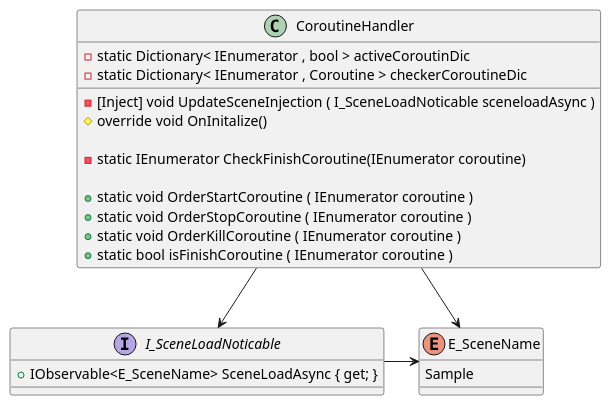
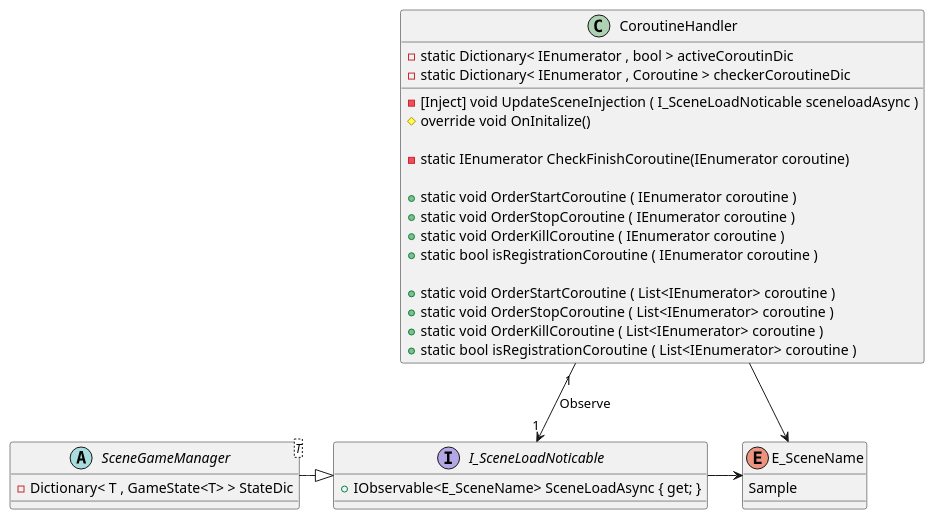
Before and after one commit to tezumozu/GameAsetsDev: the diagram in Unity/Unity1weekAsets/Assets/Script/GameSystems/ver4.0/UML/CoroutineHandler/CoroutineHandler.pu, drawn with PlantUML. The commit also changed 23 other files, not shown here.

Commit message:
Update v4 : CoroutineHandler , GameState , GameLoopManager

```diff
--- a/Unity/Unity1weekAsets/Assets/Script/GameSystems/ver4.0/UML/CoroutineHandler/CoroutineHandler.pu
+++ b/Unity/Unity1weekAsets/Assets/Script/GameSystems/ver4.0/UML/CoroutineHandler/CoroutineHandler.pu
@@ -1,35 +1,45 @@
 @startuml CoroutineHanderClass
 
 class CoroutineHandler {
 
     - static Dictionary< IEnumerator , bool > activeCoroutinDic
     - static Dictionary< IEnumerator , Coroutine > checkerCoroutineDic
 
     - [Inject] void UpdateSceneInjection ( I_SceneLoadNoticable sceneloadAsync )
     # override void OnInitalize()
 
     - static IEnumerator CheckFinishCoroutine(IEnumerator coroutine)
 
     + static void OrderStartCoroutine ( IEnumerator coroutine )
     + static void OrderStopCoroutine ( IEnumerator coroutine )
     + static void OrderKillCoroutine ( IEnumerator coroutine )
-    + static bool isFinishCoroutine ( IEnumerator coroutine )
+    + static bool isRegistrationCoroutine ( IEnumerator coroutine )
+
+    + static void OrderStartCoroutine ( List<IEnumerator> coroutine )
+    + static void OrderStopCoroutine ( List<IEnumerator> coroutine )
+    + static void OrderKillCoroutine ( List<IEnumerator> coroutine )
+    + static bool isRegistrationCoroutine ( List<IEnumerator> coroutine )
 
 }
 
 
 interface I_SceneLoadNoticable{
     + IObservable<E_SceneName> SceneLoadAsync { get; }
 }
 
 
 enum E_SceneName{
     Sample
 }
 
+abstract class SceneGameManager<T>{
+    - Dictionary< T , GameState<T> > StateDic
+}
 
-CoroutineHandler --> I_SceneLoadNoticable
+
+CoroutineHandler "1" --> "1" I_SceneLoadNoticable : Observe
 E_SceneName <-left- CoroutineHandler
 E_SceneName <-left- I_SceneLoadNoticable
+SceneGameManager -right-|> I_SceneLoadNoticable
 
 @enduml
```
